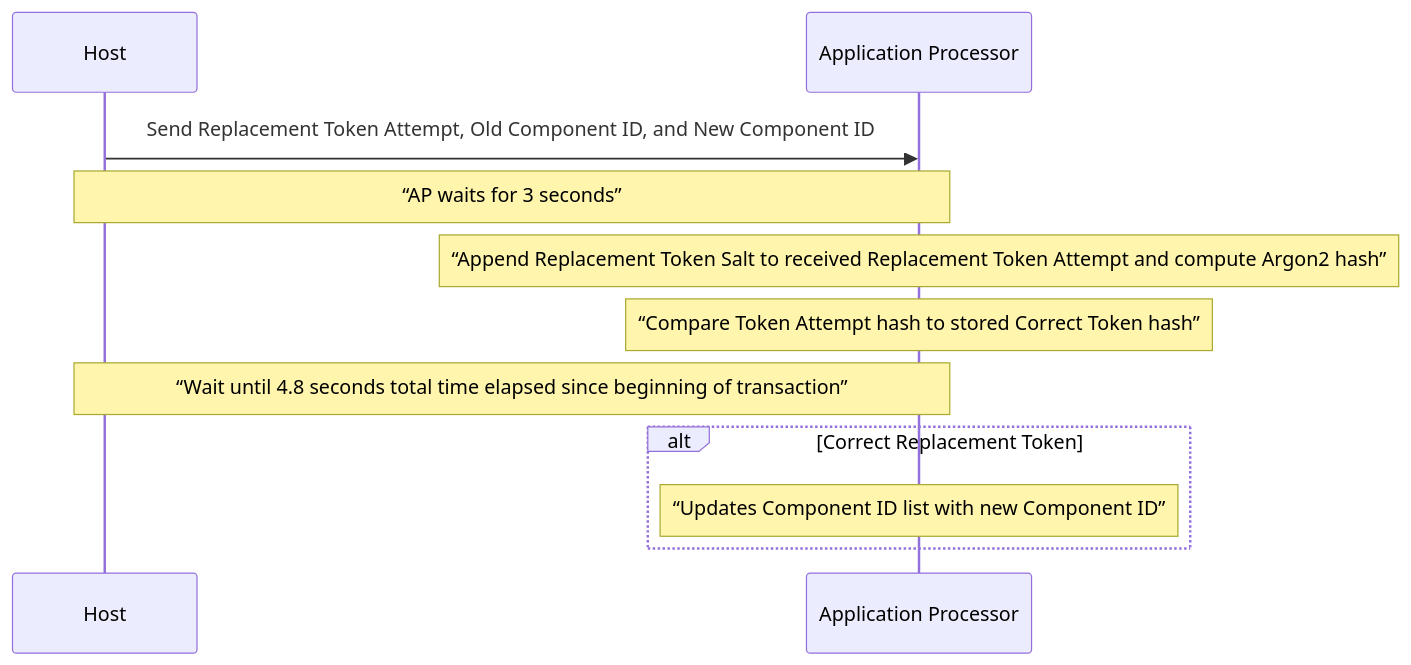
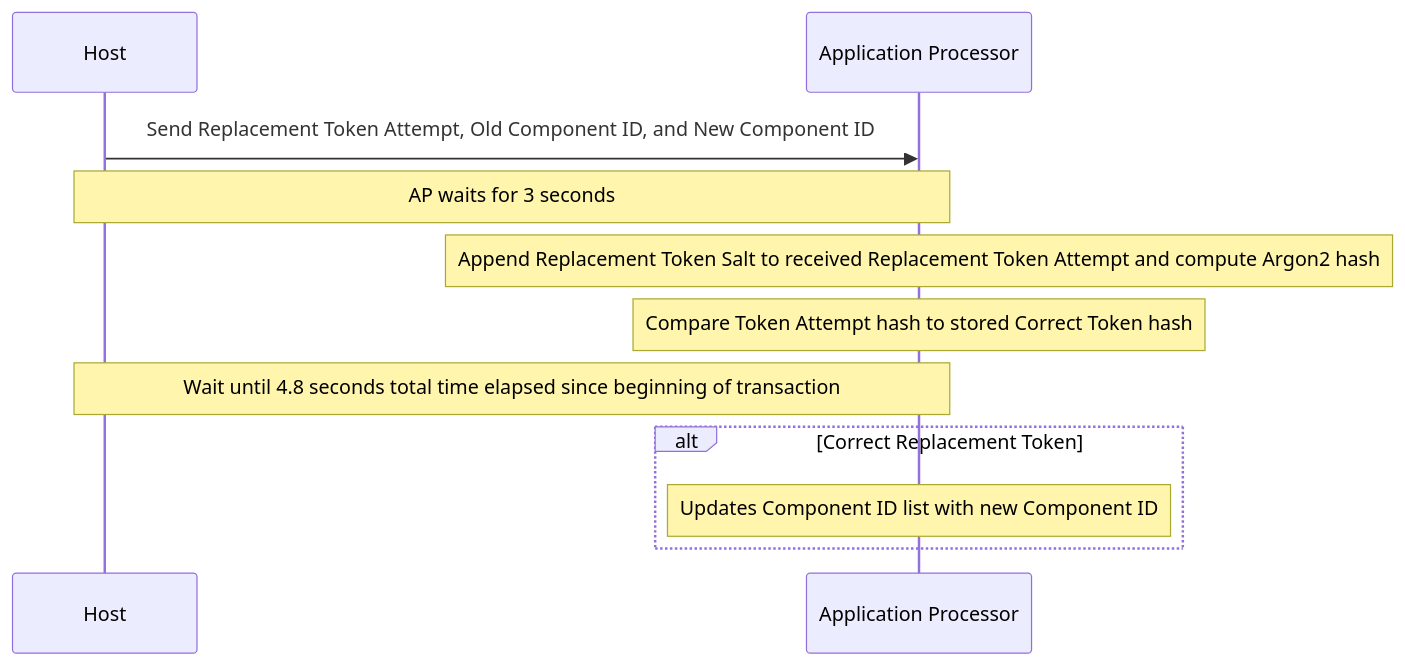
The second of 3 diagrams in docs/misc_protocol.md (sigpwny/2024-ectf-uiuc), drawn with Mermaid before and after one commit.

````diff
--- a/docs/misc_protocol.md
+++ b/docs/misc_protocol.md
@@ -59,14 +59,14 @@
 ```mermaid
 sequenceDiagram
   participant H as Host
   participant AP as Application Processor
   H ->> AP: Send Replacement Token Attempt, Old Component ID, and New Component ID
-  Note over H, AP: “AP waits for 3 seconds”
-  Note over AP	: “Append Replacement Token Salt to received Replacement Token Attempt and compute Argon2 hash”
-  Note over AP: “Compare Token Attempt hash to stored Correct Token hash”
-  Note over H, AP: “Wait until 4.8 seconds total time elapsed since beginning of transaction”
+  Note over H, AP: AP waits for 3 seconds
+  Note over AP	: Append Replacement Token Salt to received Replacement Token Attempt and compute Argon2 hash
+  Note over AP: Compare Token Attempt hash to stored Correct Token hash
+  Note over H, AP: Wait until 4.8 seconds total time elapsed since beginning of transaction
   alt Correct Replacement Token
-     Note over AP: “Updates Component ID list with new Component ID”
+     Note over AP: Updates Component ID list with new Component ID
   end 
 
 ```
````
